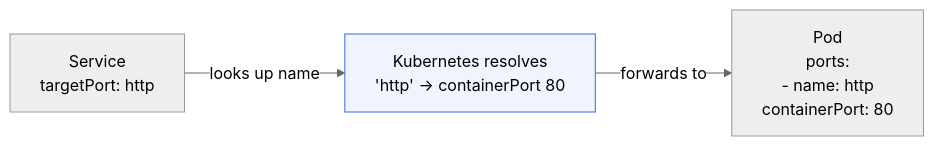
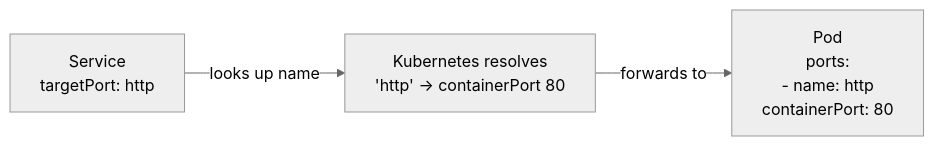
The diagram in src/courses/modules/services/06-named-ports/en/content.md (Antoine-Flo/kube-mastery), drawn with Mermaid (neutral theme) before and after one commit. The commit also changed 21 other files, not shown here.

Commit message:
remove diagram styles

````diff
--- a/src/courses/modules/services/06-named-ports/en/content.md
+++ b/src/courses/modules/services/06-named-ports/en/content.md
@@ -72,11 +72,9 @@
 ```mermaid
 graph LR
     SVC["Service\ntargetPort: http"]
     RESOLVE["Kubernetes resolves\n'http' → containerPort 80"]
     POD["Pod\nports:\n  - name: http\n    containerPort: 80"]
 
     SVC -->|"looks up name"| RESOLVE
     RESOLVE -->|"forwards to"| POD
-
-    style RESOLVE fill:#f0f4ff,stroke:#326ce5
 ```
````
